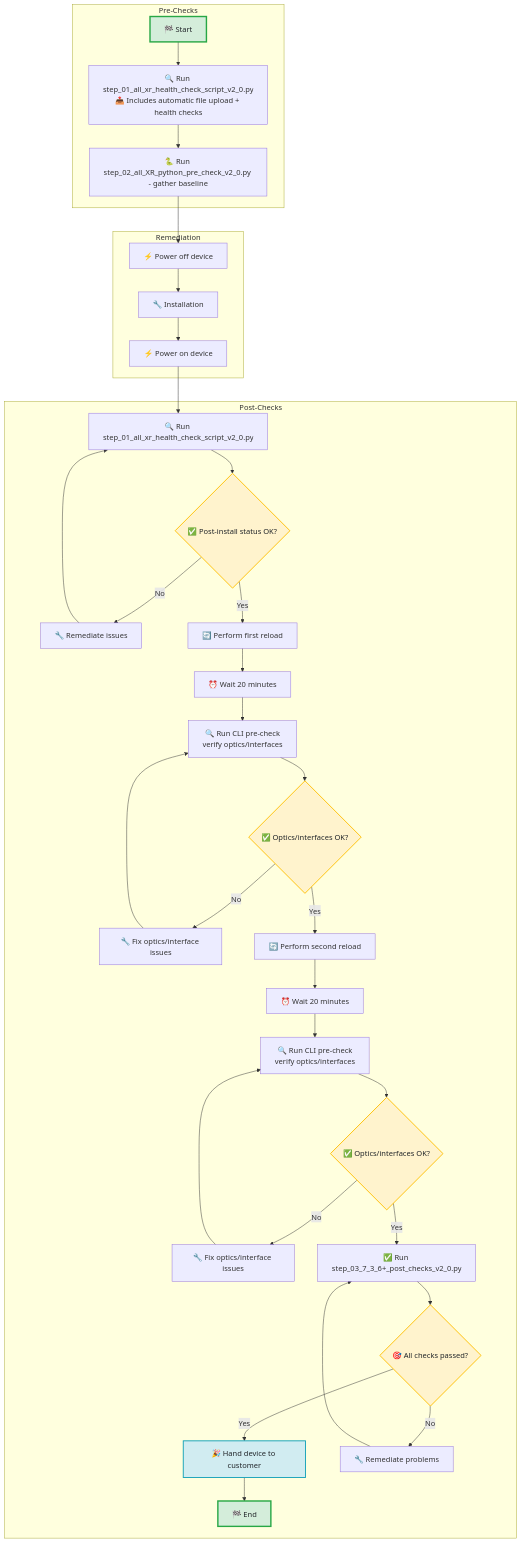
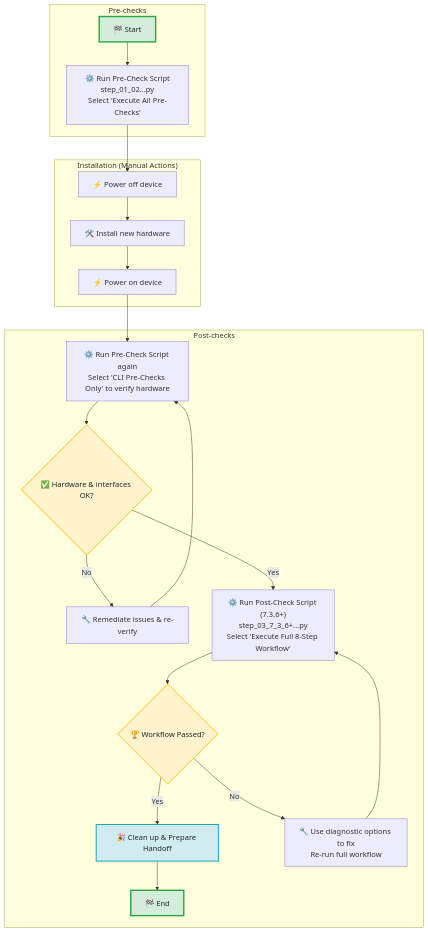
Before and after one commit to prongupt/WP-Remediation-MoP: the diagram in 7_3_6+_WP3_Health_Check_Prod/0-7_3_6+__ReadMe.md, drawn with Mermaid. The commit also changed other lines of this file, not shown here.

````diff
--- a/7_3_6+_WP3_Health_Check_Prod/0-7_3_6+__ReadMe.md
+++ b/7_3_6+_WP3_Health_Check_Prod/0-7_3_6+__ReadMe.md
@@ -26,47 +27,34 @@
 ```mermaid
 graph TD
-    subgraph Pre-Checks
-        A[🏁 Start] --> D[🔍 Run step_01_all_xr_health_check_script_v2_0.py<br>📤 Includes automatic file upload + health checks];
-        D --> E[🐍 Run step_02_all_XR_python_pre_check_v2_0.py - gather baseline];
+    subgraph "Pre-checks"
+        A["🏁 Start"] --> D["⚙️ Run Pre-Check Script<br>step_01_02...py<br>Select 'Execute All Pre-Checks'"];
     end
 
-    subgraph Remediation
-        E --> F[⚡ Power off device];
-        F --> G[🔧 Installation];
-        G --> H[⚡ Power on device];
+    subgraph "Installation (Manual Actions)"
+        D --> F["⚡ Power off device"];
+        F --> G["🛠️ Install new hardware"];
+        G --> H["⚡ Power on device"];
     end
 
-    subgraph Post-Checks
-        H --> J_node[🔍 Run step_01_all_xr_health_check_script_v2_0.py];
-        J_node --> K{✅ Post-install status OK?};
-        K -- No --> K_Remediate_Step[🔧 Remediate issues];
+    subgraph "Post-checks"
+        H --> J_node["⚙️ Run Pre-Check Script again<br>Select 'CLI Pre-Checks Only' to verify hardware"];
+        J_node --> K{"✅ Hardware & interfaces OK?"};
+        K -- No --> K_Remediate_Step["🔧 Remediate issues & re-verify"];
         K_Remediate_Step --> J_node;
-        K -- Yes --> L[🔄 Perform first reload];
-        L --> L1[⏰ Wait 20 minutes];
-        L1 --> L2[🔍 Run CLI pre-check<br>verify optics/interfaces];
-        L2 --> L3{✅ Optics/interfaces OK?};
-        L3 -- No --> L3_Fix[🔧 Fix optics/interface issues];
-        L3_Fix --> L2;
-        L3 -- Yes --> M1[🔄 Perform second reload];
-        M1 --> M2[⏰ Wait 20 minutes];
-        M2 --> M3[🔍 Run CLI pre-check<br>verify optics/interfaces];
-        M3 --> M4{✅ Optics/interfaces OK?};
-        M4 -- No --> M4_Fix[🔧 Fix optics/interface issues];
-        M4_Fix --> M3;
-        M4 -- Yes --> M[✅ Run step_03_7_3_6+_post_checks_v2_0.py];
-        M --> N{🎯 All checks passed?};
-        N -- Yes --> P[🎉 Hand device to customer];
-        N -- No --> O[🔧 Remediate problems];
+        
+        K -- Yes --> M["⚙️ Run Post-Check Script (7.3.6+)<br>step_03_7_3_6+...py<br>Select 'Execute Full 8-Step Workflow'"];
+        M --> N{"🏆 Workflow Passed?"};
+        N -- Yes --> P["🎉 Clean up & Prepare Handoff"];
+        N -- No --> O["🔧 Use diagnostic options to fix<br>Re-run full workflow"];
         O --> M;
-        P --> Q[🏁 End];
+        
+        P --> Q["🏁 End"];
     end
 
     %% Styling
     style A fill:#D4EDDA,stroke:#28A745,stroke-width:3px,color:#212529
     style Q fill:#D4EDDA,stroke:#28A745,stroke-width:3px,color:#212529
     style K fill:#FFF3CD,stroke:#FFC107,stroke-width:2px,color:#212529
-    style L3 fill:#FFF3CD,stroke:#FFC107,stroke-width:2px,color:#212529
-    style M4 fill:#FFF3CD,stroke:#FFC107,stroke-width:2px,color:#212529
     style N fill:#FFF3CD,stroke:#FFC107,stroke-width:2px,color:#212529
     style P fill:#D1ECF1,stroke:#17A2B8,stroke-width:2px,color:#212529
 ```
````
